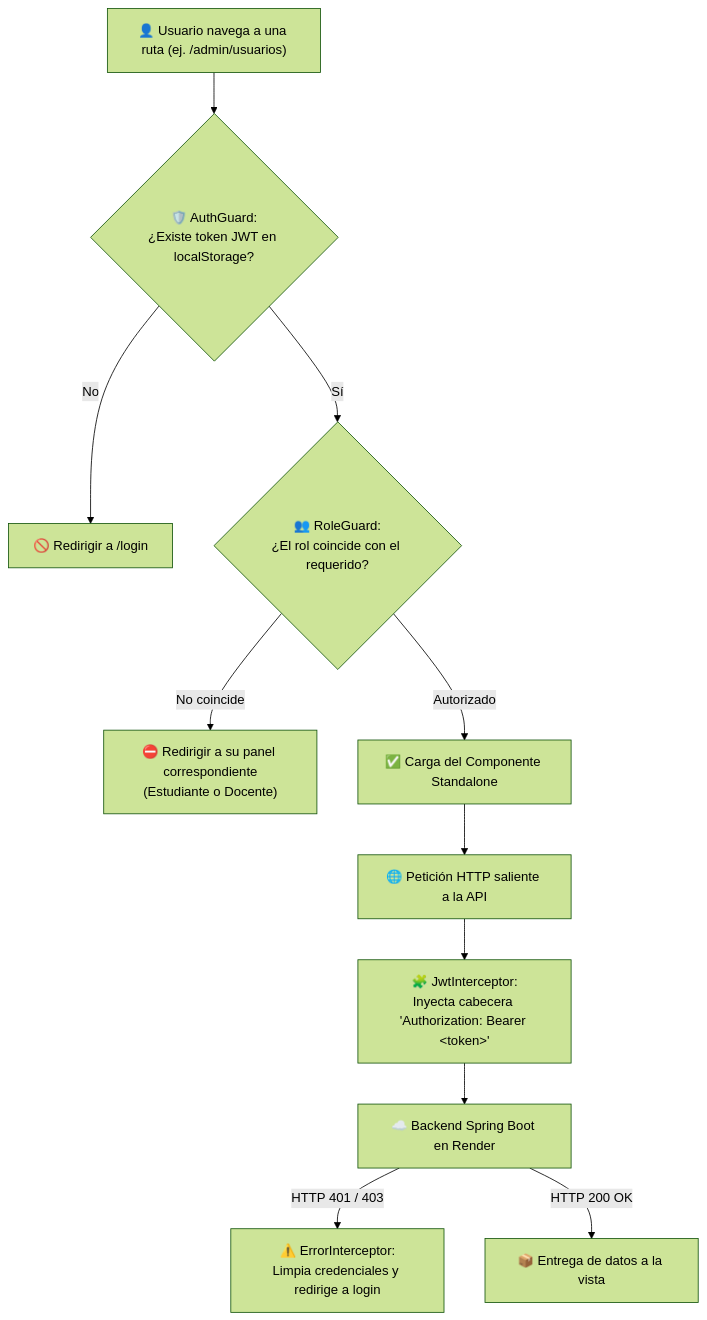
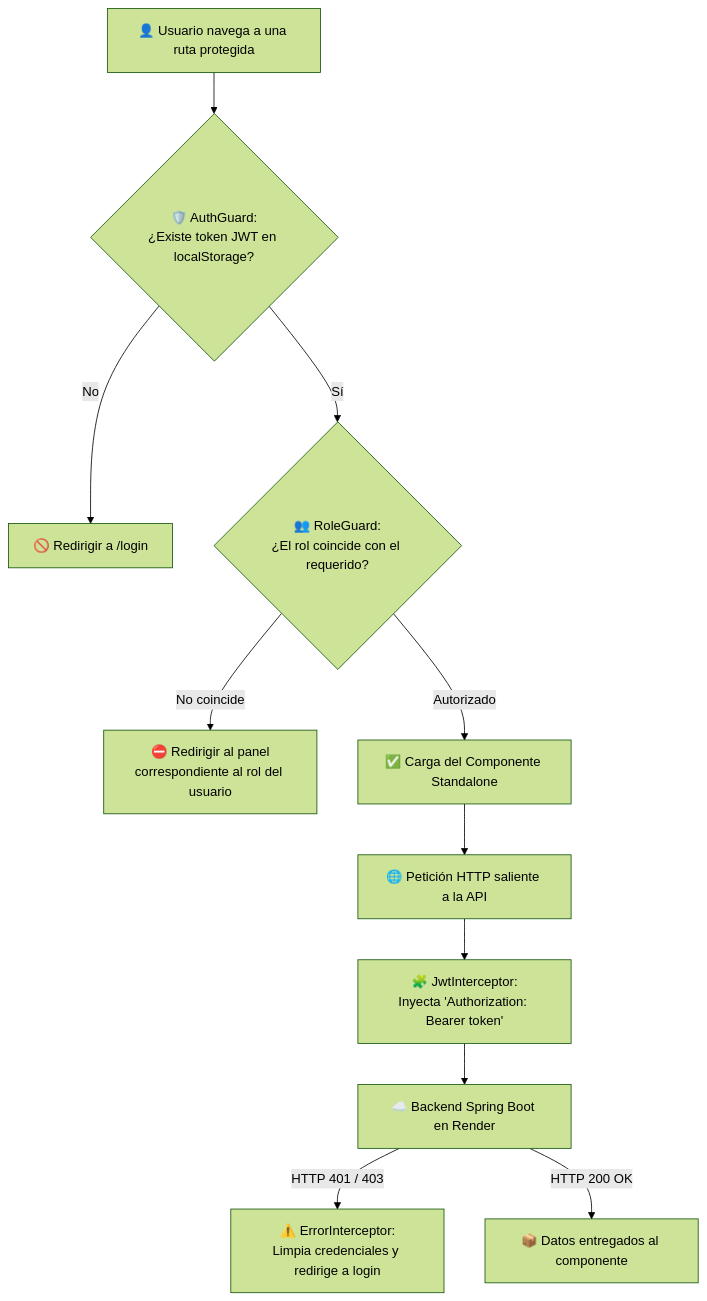
One commit to WRivxs/SGTU-Tutorias-Universitarias changed the diagram in docs/Entrega4_Frontend_Integrado.md. Above: the diagram before and after it, drawn with Mermaid (forest theme). The commit also changed other lines of this file, not shown here.

Commit message:
docs: rewrite Entrega4 - remove video script, expand integration evidence section

````diff
--- a/docs/Entrega4_Frontend_Integrado.md
+++ b/docs/Entrega4_Frontend_Integrado.md
@@ -190,15 +450,15 @@
 ```mermaid
 flowchart TD
-    A["👤 Usuario navega a una ruta (ej. /admin/usuarios)"] --> B{"🛡️ AuthGuard:<br/>¿Existe token JWT en localStorage?"}
+    A["👤 Usuario navega a una ruta protegida"] --> B{"🛡️ AuthGuard:<br/>¿Existe token JWT en localStorage?"}
     B -->|No| C["🚫 Redirigir a /login"]
     B -->|Sí| D{"👥 RoleGuard:<br/>¿El rol coincide con el requerido?"}
-    D -->|No coincide| E["⛔ Redirigir a su panel correspondiente<br/>(Estudiante o Docente)"]
+    D -->|No coincide| E["⛔ Redirigir al panel<br/>correspondiente al rol del usuario"]
     D -->|Autorizado| F["✅ Carga del Componente Standalone"]
 
     F --> G["🌐 Petición HTTP saliente a la API"]
-    G --> H["🧩 JwtInterceptor:<br/>Inyecta cabecera 'Authorization: Bearer &lt;token&gt;'"]
+    G --> H["🧩 JwtInterceptor:<br/>Inyecta 'Authorization: Bearer token'"]
     H --> I["☁️ Backend Spring Boot en Render"]
 
     I -->|HTTP 401 / 403| J["⚠️ ErrorInterceptor:<br/>Limpia credenciales y redirige a login"]
-    I -->|HTTP 200 OK| K["📦 Entrega de datos a la vista"]
+    I -->|HTTP 200 OK| K["📦 Datos entregados al componente"]
 ```
````
